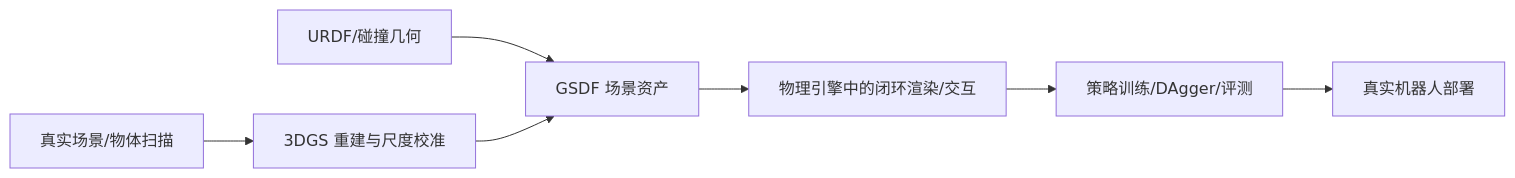
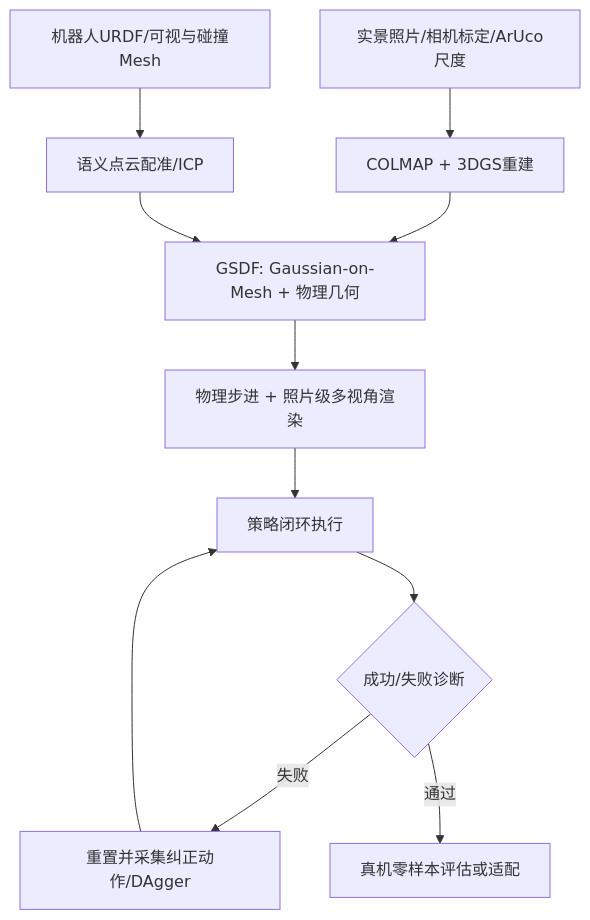
Before and after one commit to AforestSong/Sim2Real-Frontier-Survey: the second of 13 diagrams in docs/Sim2Real_前沿技术路线综述_2025-2026.md, drawn with Mermaid. The commit also changed other lines of this file and 7 other files, not shown here.

````diff
--- a/docs/Sim2Real_前沿技术路线综述_2025-2026.md
+++ b/docs/Sim2Real_前沿技术路线综述_2025-2026.md
@@ -81,9 +103,13 @@
 ```mermaid
-flowchart LR
- A[真实场景/物体扫描] --> B[3DGS 重建与尺度校准]
- C[URDF/碰撞几何] --> D[GSDF 场景资产]
- B --> D
- D --> E[物理引擎中的闭环渲染/交互]
- E --> F[策略训练/DAgger/评测]
- F --> G[真实机器人部署]
+flowchart TD
+ A[实景照片/相机标定/ArUco尺度] --> B[COLMAP + 3DGS重建]
+ C[机器人URDF/可视与碰撞Mesh] --> D[语义点云配准/ICP]
+ B --> E[GSDF: Gaussian-on-Mesh + 物理几何]
+ D --> E
+ E --> F[物理步进 + 照片级多视角渲染]
+ F --> G[策略闭环执行]
+ G --> H{成功/失败诊断}
+ H -- 失败 --> I[重置并采集纠正动作/DAgger]
+ I --> G
+ H -- 通过 --> J[真机零样本评估或适配]
 ```
````
